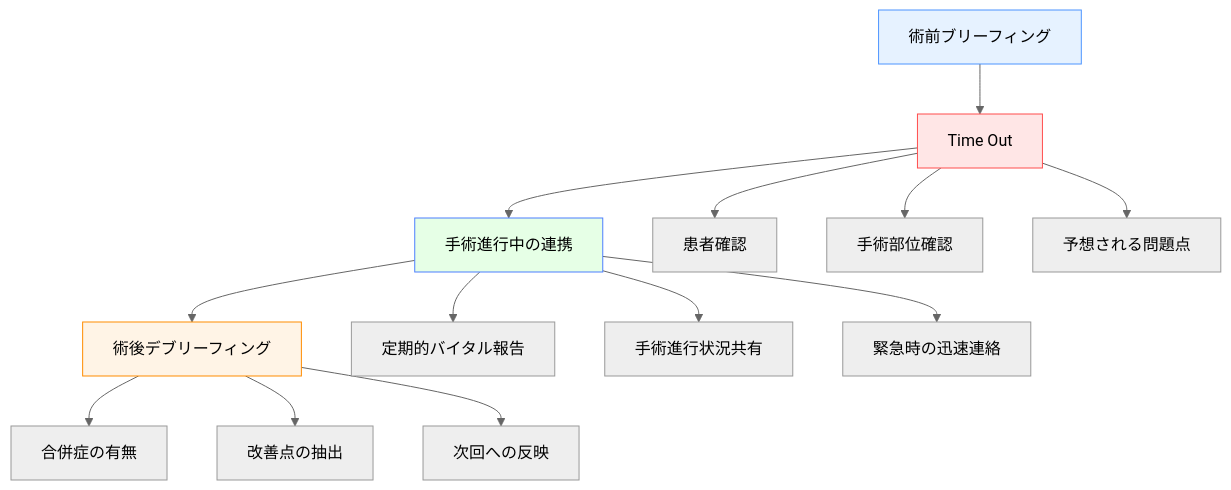
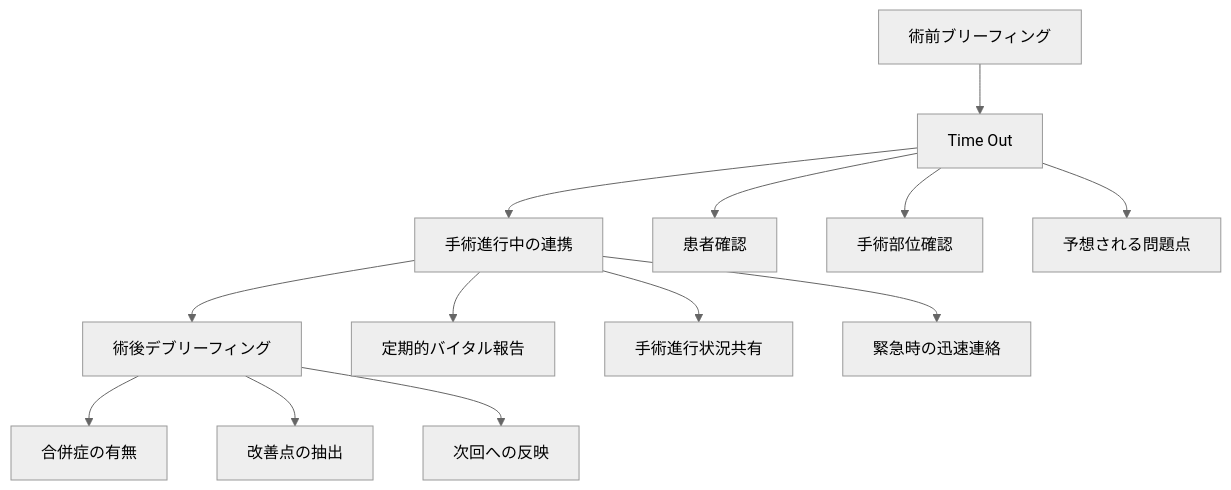
One commit to shuji-bonji/Situational-Awareness-and-Decision-Making changed the third of 7 diagrams in docs/applications/medical-sa.md. Above: the diagram before and after it, drawn with Mermaid (neutral theme). The commit also changed other lines of this file and 49 other files, not shown here.

Commit message:
fix: ダークモードで見づらい図の色の変更

````diff
--- a/docs/applications/medical-sa.md
+++ b/docs/applications/medical-sa.md
@@ -180,23 +180,23 @@
     ```mermaid
     graph TD
         A[術前ブリーフィング] --> B[Time Out]
         B --> C[手術進行中の連携]
         C --> D[術後デブリーフィング]
         
         B --> B1[患者確認]
         B --> B2[手術部位確認]
         B --> B3[予想される問題点]
         
         C --> C1[定期的バイタル報告]
         C --> C2[手術進行状況共有]
         C --> C3[緊急時の迅速連絡]
         
         D --> D1[合併症の有無]
         D --> D2[改善点の抽出]
         D --> D3[次回への反映]
         
-        style A fill:#e6f2ff,stroke:#4d94ff
-        style B fill:#ffe6e6,stroke:#ff4d4d
-        style C fill:#e6ffe6,stroke:#4d7fff
-        style D fill:#fff4e6,stroke:#ff8c00
+    
+    
+    
+    
     ```
````
